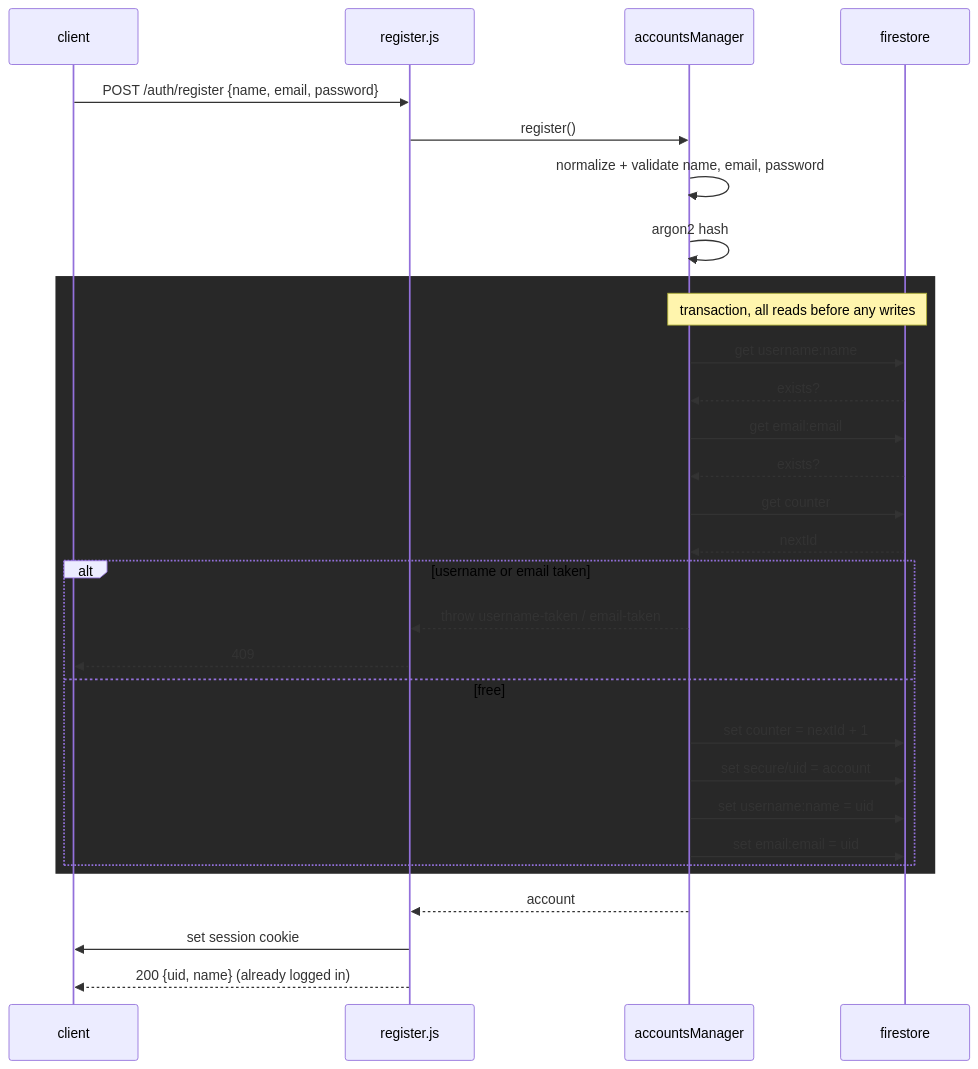
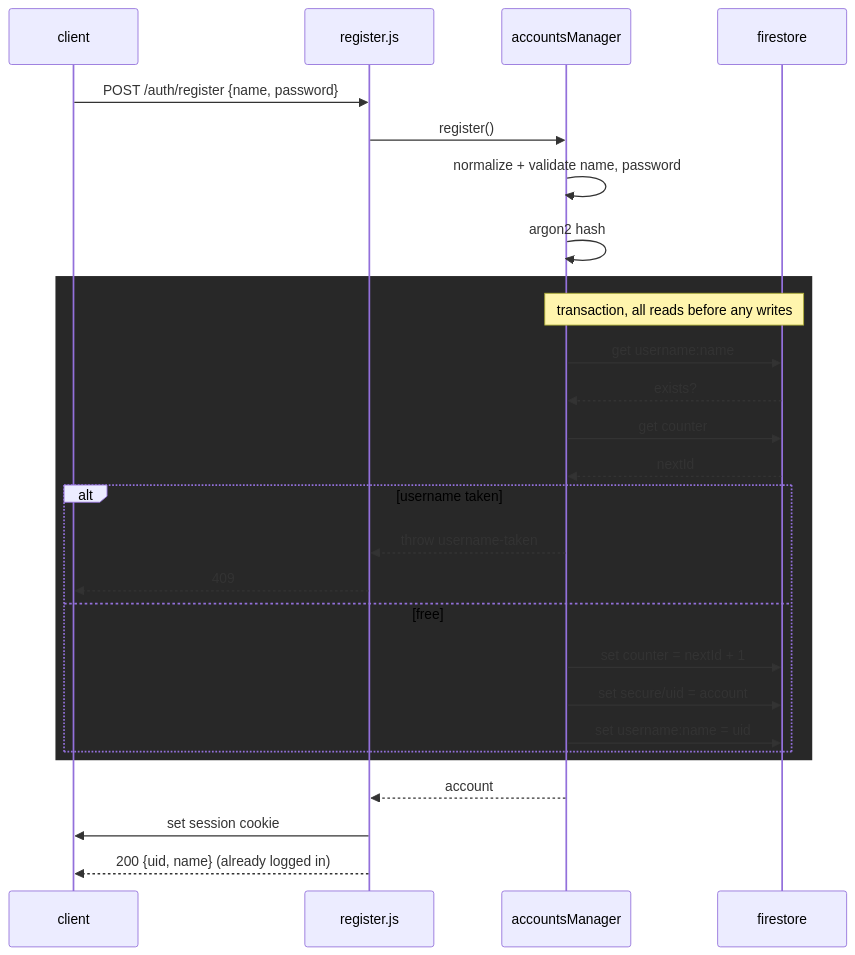
One commit to Air-zy/airWebsite changed the third of 7 diagrams in ARCHITECTURE.md. Above: the diagram before and after it, drawn with Mermaid. The commit also changed other lines of this file and 22 other files, not shown here.

````diff
--- a/ARCHITECTURE.md
+++ b/ARCHITECTURE.md
@@ -71,36 +71,33 @@
 ```mermaid
 sequenceDiagram
   participant C as client
   participant R as register.js
   participant M as accountsManager
   participant F as firestore
 
-  C->>R: POST /auth/register {name, email, password}
+  C->>R: POST /auth/register {name, password}
   R->>M: register()
-  M->>M: normalize + validate name, email, password
+  M->>M: normalize + validate name, password
   M->>M: argon2 hash
 
   rect rgb(40,40,40)
     Note over M,F: transaction, all reads before any writes
     M->>F: get username:name
     F-->>M: exists?
-    M->>F: get email:email
-    F-->>M: exists?
     M->>F: get counter
     F-->>M: nextId
 
-    alt username or email taken
-      M-->>R: throw username-taken / email-taken
+    alt username taken
+      M-->>R: throw username-taken
       R-->>C: 409
     else free
       M->>F: set counter = nextId + 1
       M->>F: set secure/uid = account
       M->>F: set username:name = uid
-      M->>F: set email:email = uid
     end
   end
 
   M-->>R: account
   R->>C: set session cookie
   R-->>C: 200 {uid, name} (already logged in)
 ```
````
